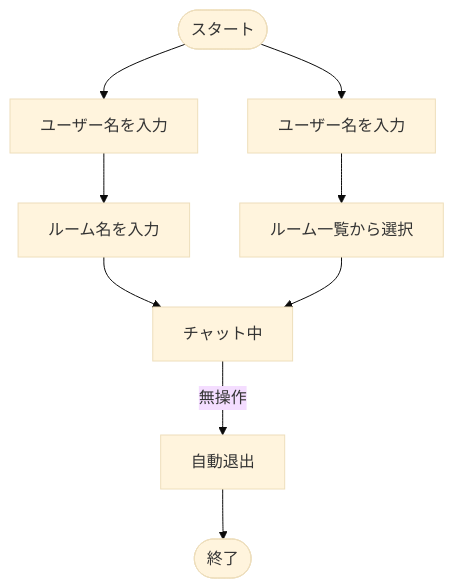
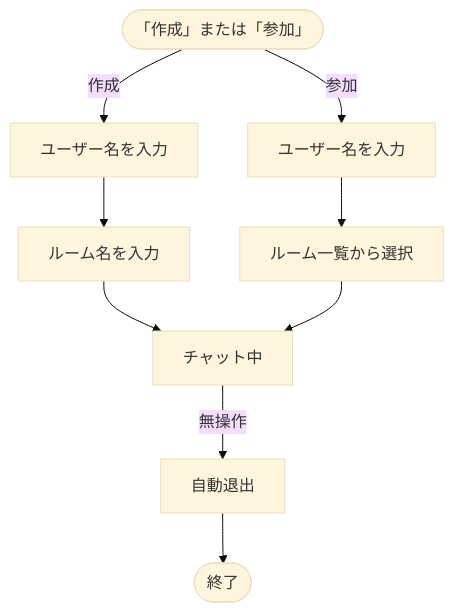
Before and after one commit to BackendExplorer/Online-Chat-Service: the first of 4 diagrams in README.md, drawn with Mermaid (base theme).

````diff
--- a/README.md
+++ b/README.md
@@ -177,24 +177,20 @@
 ```mermaid
 flowchart TD
     %%─── ノード定義 ───
-    Start([スタート])
+    選択(["「作成」または「参加」"])
 
     入力作成[ユーザー名を入力]
     ルーム名入力[ルーム名を入力]
 
     入力参加[ユーザー名を入力]
     ルーム一覧[ルーム一覧から選択]
 
     チャット中[チャット中]
     自動退出[自動退出]
     End([終了])
 
     %%─── フロー定義 ───
-    Start --> 入力作成
-    Start --> 入力参加
-
-    入力作成 --> ルーム名入力 --> チャット中
-    入力参加 --> ルーム一覧 --> チャット中
-
+    選択 -- 作成 --> 入力作成 --> ルーム名入力 --> チャット中
+    選択 -- 参加 --> 入力参加 --> ルーム一覧 --> チャット中
     チャット中 -->|無操作| 自動退出 --> End
 ```
````
